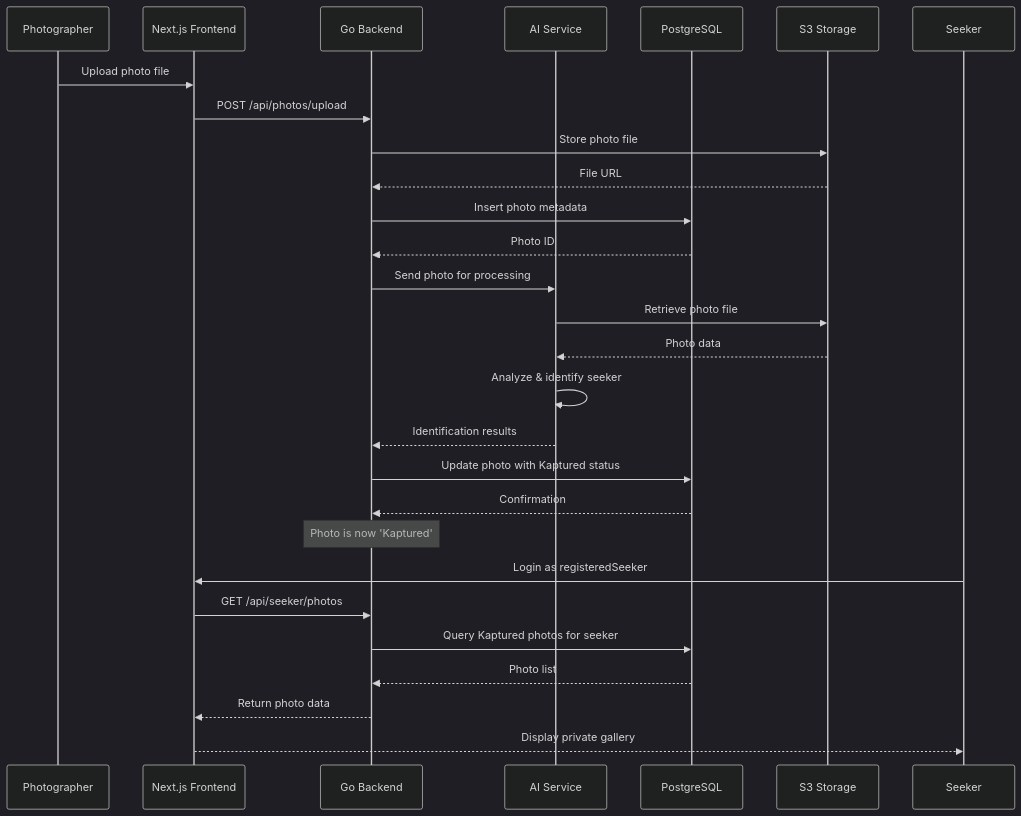
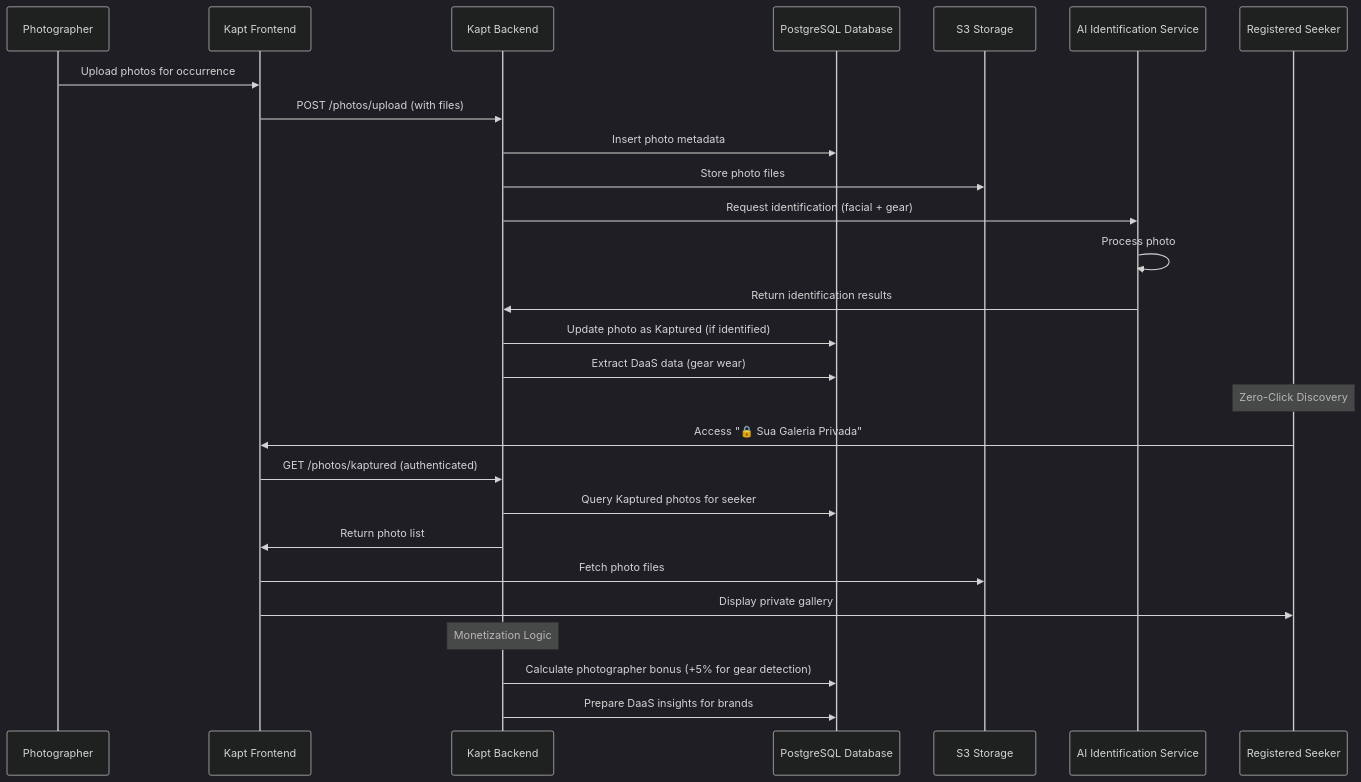
One commit to Kapt-tech/kapt changed the third of 3 diagrams in docs/specification/tech-system-design.md. Above: the diagram before and after it, drawn with Mermaid (dark theme). The commit also changed other lines of this file, not shown here.

Commit message:
docs: update Kapt system design & architecture specification

````diff
--- a/docs/specification/tech-system-design.md
+++ b/docs/specification/tech-system-design.md
@@ -97,33 +134,32 @@
 ```mermaid
 sequenceDiagram
     participant P as Photographer
-    participant F as Next.js Frontend
-    participant B as Go Backend
-    participant AI as AI Service
-    participant DB as PostgreSQL
-    participant S3 as S3 Storage
-    participant S as Seeker
+    participant F as Kapt Frontend
+    participant B as Kapt Backend
+    participant DB as PostgreSQL Database
+    participant S as S3 Storage
+    participant AI as AI Identification Service
+    participant RS as Registered Seeker
 
-    P->>F: Upload photo file
-    F->>B: POST /api/photos/upload
-    B->>S3: Store photo file
-    S3-->>B: File URL
+    P->>F: Upload photos for occurrence
+    F->>B: POST /photos/upload (with files)
     B->>DB: Insert photo metadata
-    DB-->>B: Photo ID
-    B->>AI: Send photo for processing
-    AI->>S3: Retrieve photo file
-    S3-->>AI: Photo data
-    AI->>AI: Analyze & identify seeker
-    AI-->>B: Identification results
-    B->>DB: Update photo with Kaptured status
-    DB-->>B: Confirmation
+    B->>S: Store photo files
+    B->>AI: Request identification (facial + gear)
+    AI->>AI: Process photo
+    AI->>B: Return identification results
+    B->>DB: Update photo as Kaptured (if identified)
+    B->>DB: Extract DaaS data (gear wear)
 
-    Note over B: Photo is now 'Kaptured'
+    Note over RS: Zero-Click Discovery
+    RS->>F: Access "🔒 Sua Galeria Privada"
+    F->>B: GET /photos/kaptured (authenticated)
+    B->>DB: Query Kaptured photos for seeker
+    B->>F: Return photo list
+    F->>S: Fetch photo files
+    F->>RS: Display private gallery
 
-    S->>F: Login as registeredSeeker
-    F->>B: GET /api/seeker/photos
-    B->>DB: Query Kaptured photos for seeker
-    DB-->>B: Photo list
-    B-->>F: Return photo data
-    F-->>S: Display private gallery
+    Note over B: Monetization Logic
+    B->>DB: Calculate photographer bonus (+5% for gear detection)
+    B->>DB: Prepare DaaS insights for brands
 ```
````
